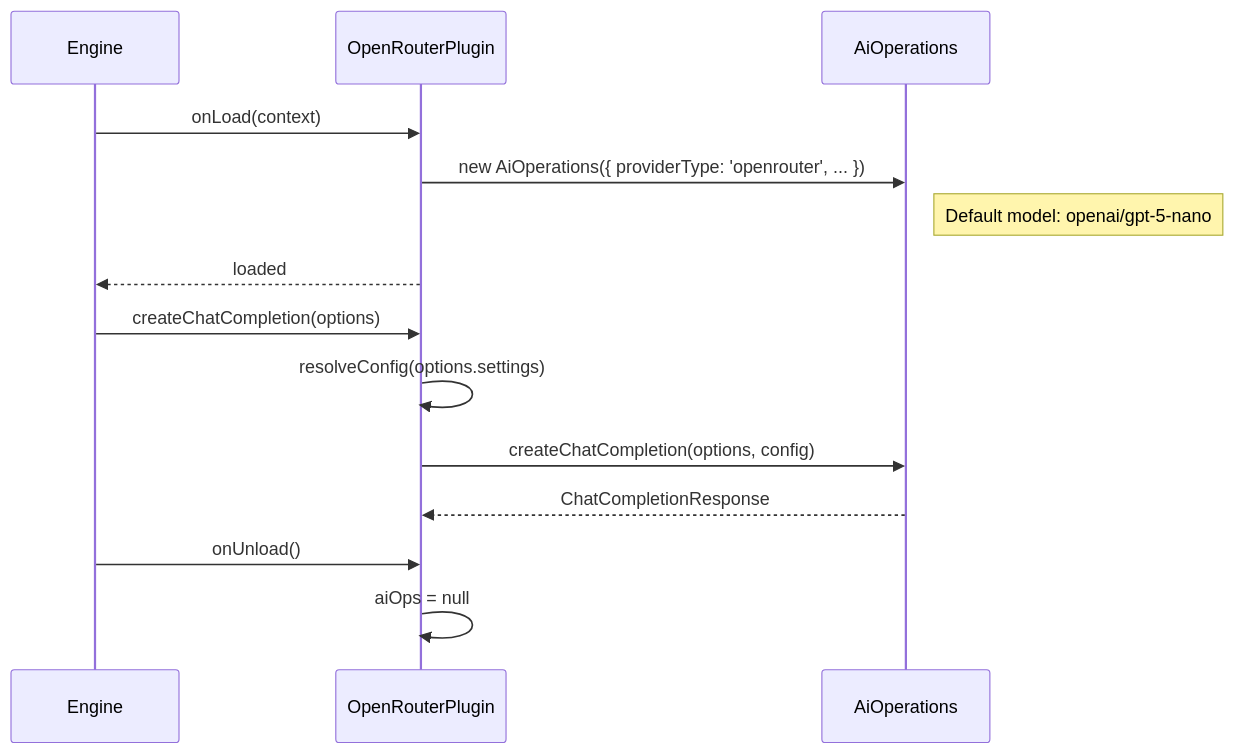
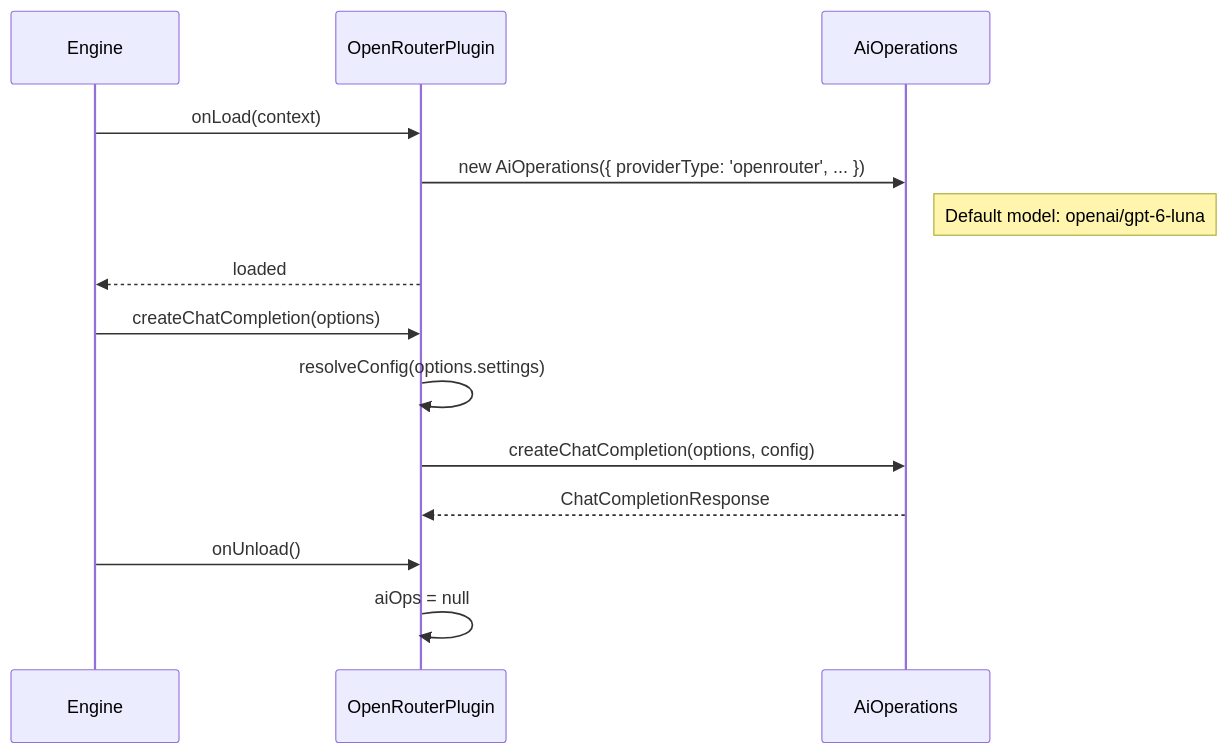
One commit to ever-works/ever-works changed the fifth of 5 diagrams in docs/plugin-system/openrouter-plugin.md. Above: the diagram before and after it, drawn with Mermaid. The commit also changed other lines of this file and 23 other files, not shown here.

````diff
--- a/docs/plugin-system/openrouter-plugin.md
+++ b/docs/plugin-system/openrouter-plugin.md
@@ -164,19 +173,19 @@
 ```mermaid
 sequenceDiagram
     participant Engine
     participant Plugin as OpenRouterPlugin
     participant AiOps as AiOperations
 
     Engine->>Plugin: onLoad(context)
     Plugin->>AiOps: new AiOperations({ providerType: 'openrouter', ... })
-    Note right of AiOps: Default model: openai/gpt-5-nano
+    Note right of AiOps: Default model: openai/gpt-6-luna
     Plugin-->>Engine: loaded
 
     Engine->>Plugin: createChatCompletion(options)
     Plugin->>Plugin: resolveConfig(options.settings)
     Plugin->>AiOps: createChatCompletion(options, config)
     AiOps-->>Plugin: ChatCompletionResponse
 
     Engine->>Plugin: onUnload()
     Plugin->>Plugin: aiOps = null
 ```
````
